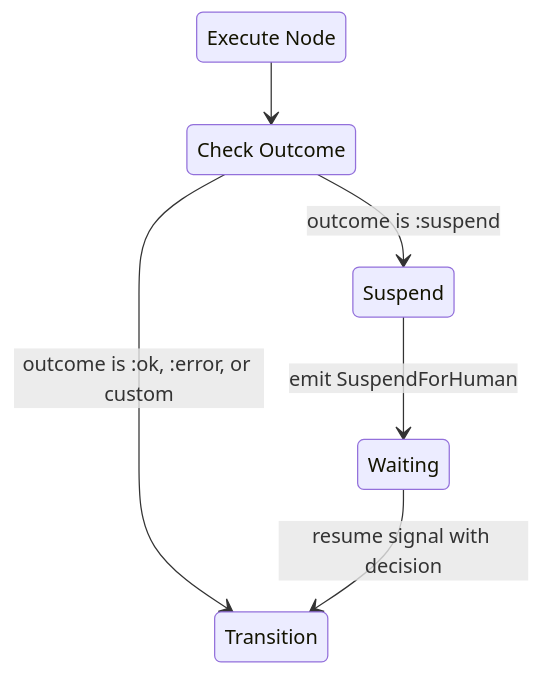
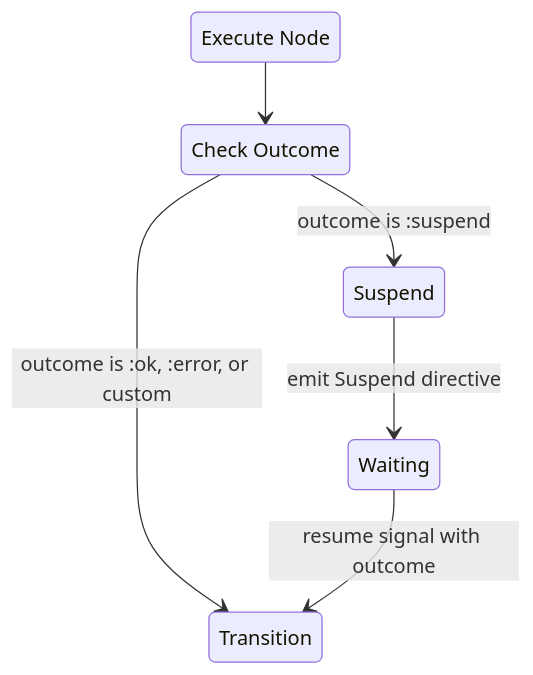
Before and after one commit to lostbean/jido_composer: the first of 3 diagrams in docs/design/hitl/strategy-integration.md, drawn with Mermaid. The commit also changed other lines of this file and 17 other files, not shown here.

````diff
--- a/docs/design/hitl/strategy-integration.md
+++ b/docs/design/hitl/strategy-integration.md
@@ -43,14 +52,14 @@
 ```mermaid
 stateDiagram-v2
     state "Execute Node" as exec
     state "Check Outcome" as check
     state "Suspend" as suspend
     state "Transition" as trans
     state "Waiting" as wait
 
     exec --> check
     check --> trans : outcome is :ok, :error, or custom
     check --> suspend : outcome is :suspend
-    suspend --> wait : emit SuspendForHuman
-    wait --> trans : resume signal with decision
+    suspend --> wait : emit Suspend directive
+    wait --> trans : resume signal with outcome
 ```
````
